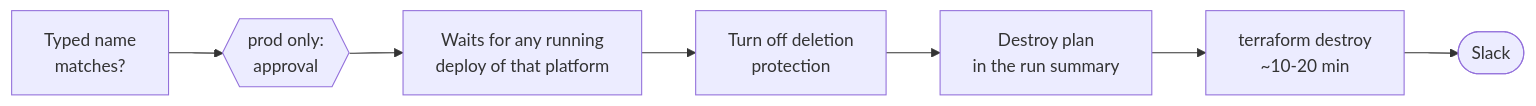
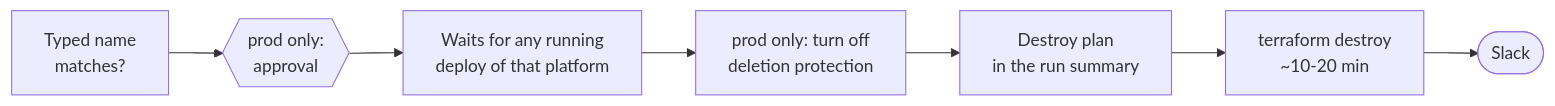
The fourth of 4 diagrams in README.md (ngems1/3tier-app), drawn with Mermaid before and after one commit. The commit also changed other lines of this file and 1 other file, not shown here.

Commit message:
Docs: HTTPS, prod only from main, drift check, interrupted runs

````diff
--- a/README.md
+++ b/README.md
@@ -334,5 +343,5 @@
 ```mermaid
 flowchart LR
     confirm[Typed name<br/>matches?] --> approve{{prod only:<br/>approval}} --> wait[Waits for any running<br/>deploy of that platform]
-    wait --> unlock[Turn off deletion<br/>protection] --> plan[Destroy plan<br/>in the run summary] --> destroy[terraform destroy<br/>~10-20 min] --> slack([Slack])
+    wait --> unlock[prod only: turn off<br/>deletion protection] --> plan[Destroy plan<br/>in the run summary] --> destroy[terraform destroy<br/>~10-20 min] --> slack([Slack])
 ```
````
